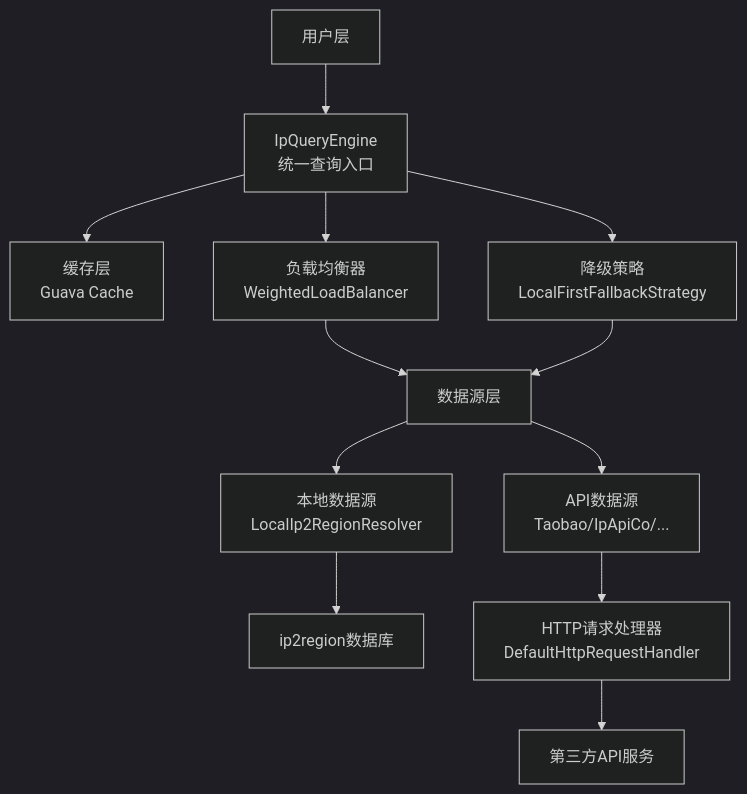
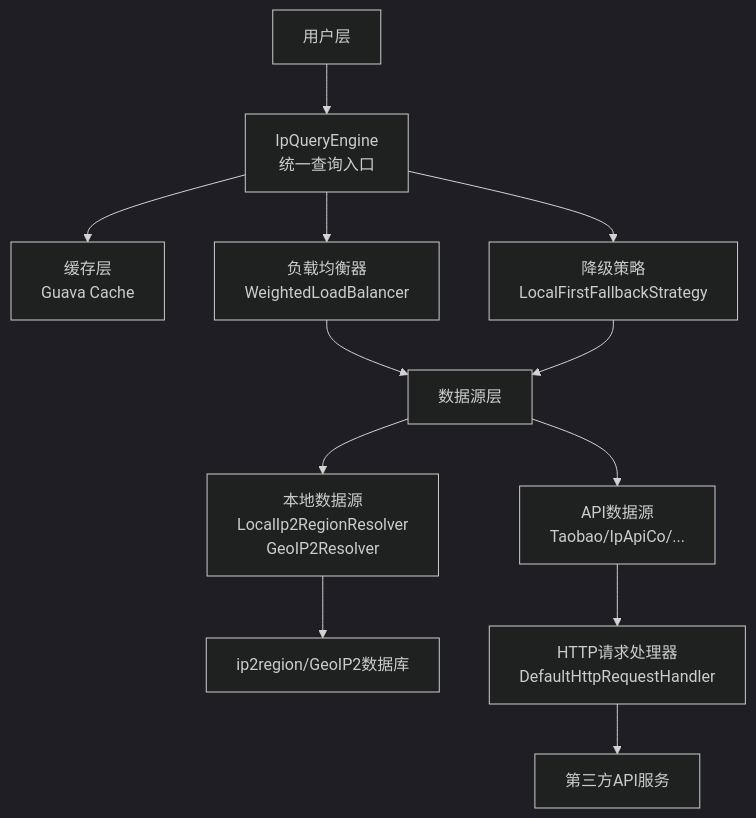
The first of 2 diagrams in API_DOCUMENTATION.md (listener-He/auto-ip2region), drawn with Mermaid (dark theme) before and after one commit. The commit also changed other lines of this file and 7 other files, not shown here.

````diff
--- a/API_DOCUMENTATION.md
+++ b/API_DOCUMENTATION.md
@@ -26,14 +28,14 @@
 ```mermaid
 flowchart TD
     A[用户层] --> B[IpQueryEngine<br/>统一查询入口]
     B --> C[缓存层<br/>Guava Cache]
     B --> D[负载均衡器<br/>WeightedLoadBalancer]
     B --> E[降级策略<br/>LocalFirstFallbackStrategy]
     D --> F[数据源层]
     E --> F
-    F --> F1[本地数据源<br/>LocalIp2RegionResolver]
+    F --> F1[本地数据源<br/>LocalIp2RegionResolver<br/>GeoIP2Resolver]
     F --> F2[API数据源<br/>Taobao/IpApiCo/...]
-    F1 --> G[ip2region数据库]
+    F1 --> G[ip2region/GeoIP2数据库]
     F2 --> H[HTTP请求处理器<br/>DefaultHttpRequestHandler]
     H --> I[第三方API服务]
 ```
````
